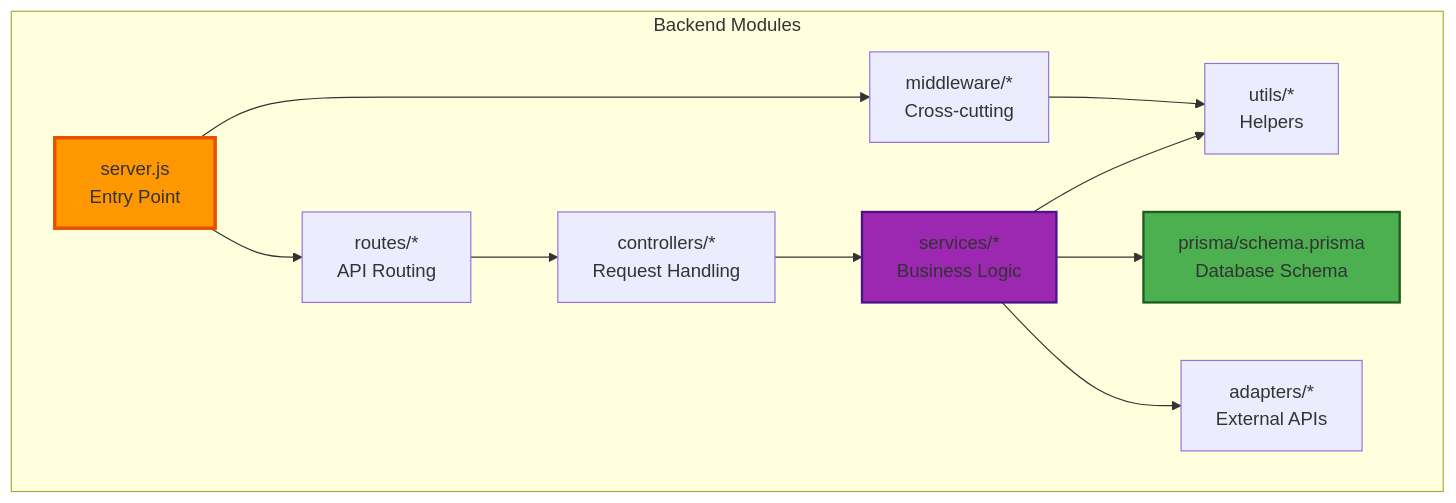
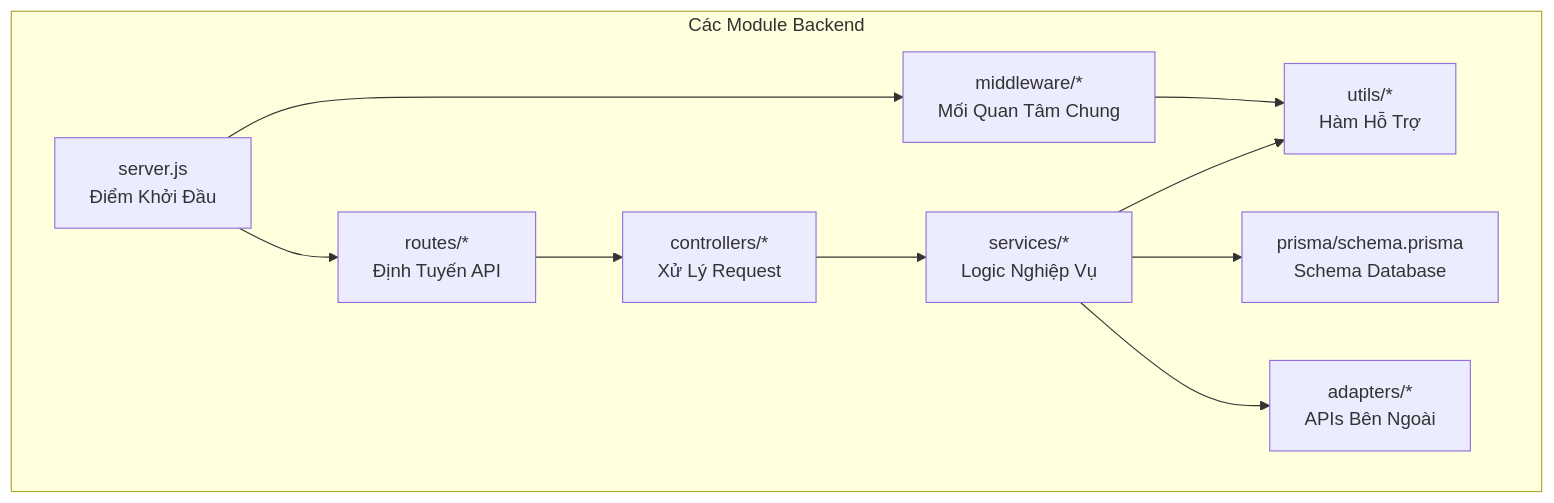
Before and after one commit to Doggie-H/Dana-Travel: the third of 14 diagrams in docs/ARCHITECTURE.md, drawn with Mermaid. The commit also changed other lines of this file and 2863 other files, not shown here.

Commit message:
docs: Add initial architecture documentation covering system overview, design principles, and detailed data flow diagrams.

````diff
--- a/docs/ARCHITECTURE.md
+++ b/docs/ARCHITECTURE.md
@@ -143,31 +154,27 @@
 ```mermaid
 graph TD
-    subgraph "Backend Modules"
-        SERVER[server.js<br/>Entry Point]
+    subgraph "Các Module Backend"
+        SERVER[server.js<br/>Điểm Khởi Đầu]
         
-        ROUTES[routes/*<br/>API Routing]
-        CONTROLLERS[controllers/*<br/>Request Handling]
-        SERVICES[services/*<br/>Business Logic]
-        MIDDLEWARE[middleware/*<br/>Cross-cutting]
-        ADAPTERS[adapters/*<br/>External APIs]
-        UTILS[utils/*<br/>Helpers]
+        ROUTES[routes/*<br/>Định Tuyến API]
+        CONTROLLERS[controllers/*<br/>Xử Lý Request]
+        SERVICES[services/*<br/>Logic Nghiệp Vụ]
+        MIDDLEWARE[middleware/*<br/>Mối Quan Tâm Chung]
+        ADAPTERS[adapters/*<br/>APIs Bên Ngoài]
+        UTILS[utils/*<br/>Hàm Hỗ Trợ]
         
-        PRISMA[prisma/schema.prisma<br/>Database Schema]
+        PRISMA[prisma/schema.prisma<br/>Schema Database]
     end
     
     SERVER --> ROUTES
     SERVER --> MIDDLEWARE
     
     ROUTES --> CONTROLLERS
     CONTROLLERS --> SERVICES
     
     SERVICES --> UTILS
     SERVICES --> PRISMA
     SERVICES --> ADAPTERS
     
     MIDDLEWARE --> UTILS
-    
-    style SERVER fill:#ff9800,stroke:#e65100,stroke-width:3px
-    style SERVICES fill:#9c27b0,stroke:#4a148c,stroke-width:2px
-    style PRISMA fill:#4caf50,stroke:#1b5e20,stroke-width:2px
 ```
````
